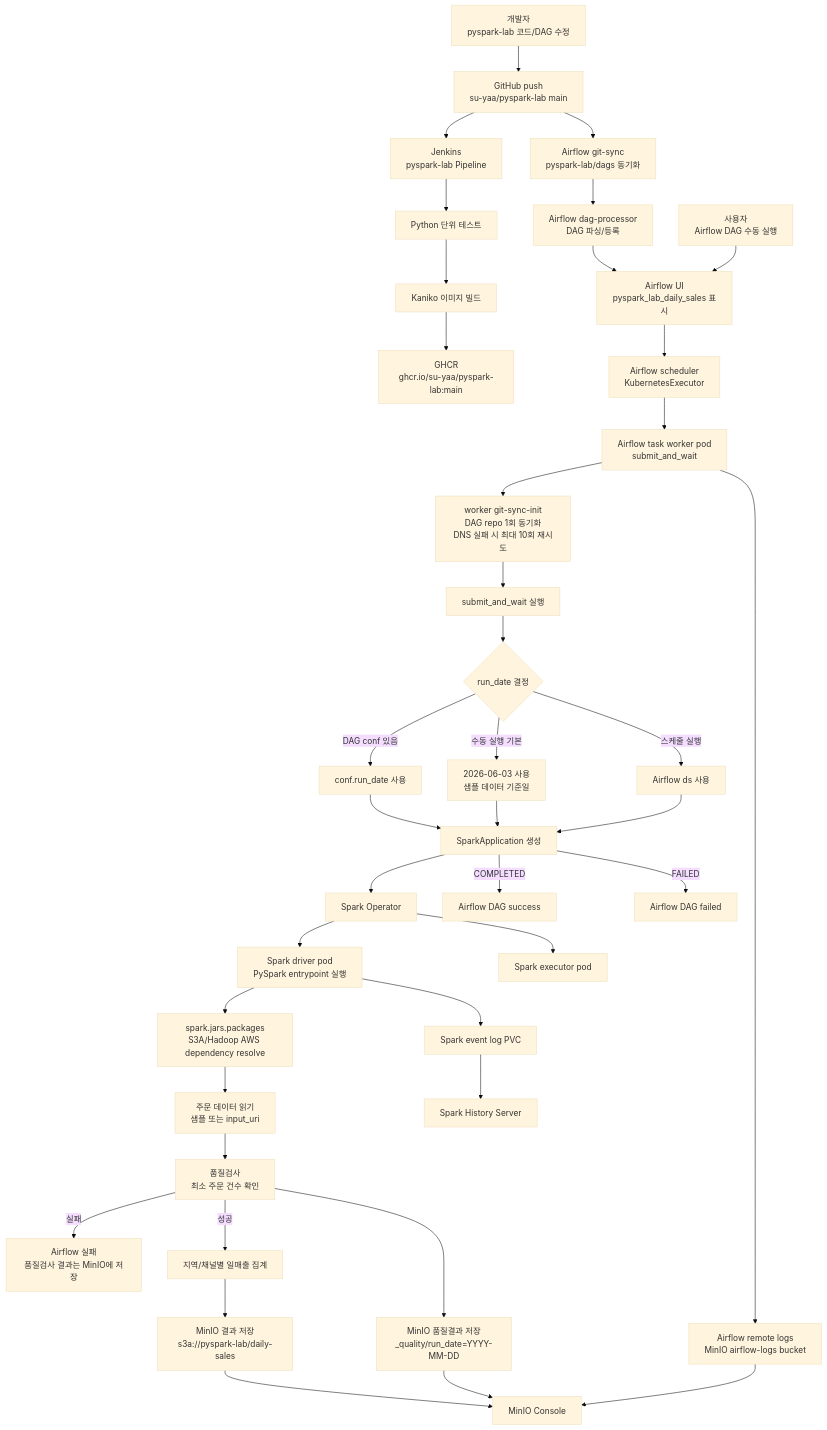
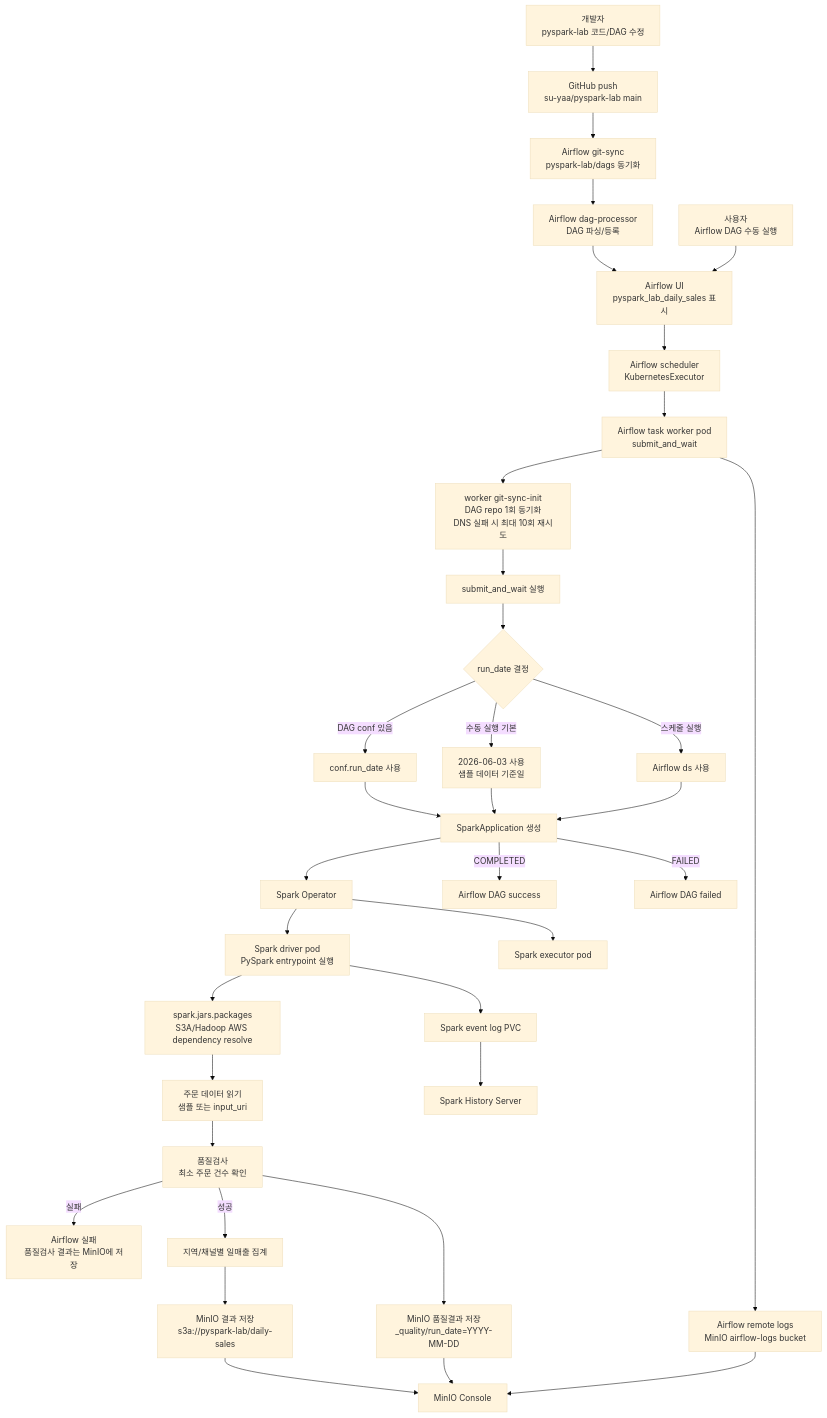
The diagram in README.md (su-yaa/pyspark-lab), drawn with Mermaid (base theme) before and after one commit. The commit also changed other lines of this file and 1 other file, not shown here.

Commit message:
Document simplified Airflow Spark flow

````diff
--- a/README.md
+++ b/README.md
@@ -24,53 +22,48 @@
 ```mermaid
 flowchart TD
     Dev["개발자<br/>pyspark-lab 코드/DAG 수정"] --> Push["GitHub push<br/>su-yaa/pyspark-lab main"]
-
-    Push --> Jenkins["Jenkins<br/>pyspark-lab Pipeline"]
-    Jenkins --> Test["Python 단위 테스트"]
-    Test --> Build["Kaniko 이미지 빌드"]
-    Build --> GHCR["GHCR<br/>ghcr.io/su-yaa/pyspark-lab:main"]
 
     Push --> GitSync["Airflow git-sync<br/>pyspark-lab/dags 동기화"]
     GitSync --> DagProcessor["Airflow dag-processor<br/>DAG 파싱/등록"]
     DagProcessor --> AirflowUI["Airflow UI<br/>pyspark_lab_daily_sales 표시"]
 
     User["사용자<br/>Airflow DAG 수동 실행"] --> AirflowUI
     AirflowUI --> Scheduler["Airflow scheduler<br/>KubernetesExecutor"]
 
     Scheduler --> WorkerPod["Airflow task worker pod<br/>submit_and_wait"]
     WorkerPod --> WorkerGitSync["worker git-sync-init<br/>DAG repo 1회 동기화<br/>DNS 실패 시 최대 10회 재시도"]
     WorkerGitSync --> SubmitTask["submit_and_wait 실행"]
 
     SubmitTask --> RunDate{"run_date 결정"}
     RunDate -->|DAG conf 있음| ConfDate["conf.run_date 사용"]
     RunDate -->|수동 실행 기본| SampleDate["2026-06-03 사용<br/>샘플 데이터 기준일"]
     RunDate -->|스케줄 실행| DsDate["Airflow ds 사용"]
 
     ConfDate --> SparkApp["SparkApplication 생성"]
     SampleDate --> SparkApp
     DsDate --> SparkApp
 
     SparkApp --> SparkOperator["Spark Operator"]
     SparkOperator --> Driver["Spark driver pod<br/>PySpark entrypoint 실행"]
     SparkOperator --> Executor["Spark executor pod"]
 
     Driver --> ResolveDeps["spark.jars.packages<br/>S3A/Hadoop AWS dependency resolve"]
     ResolveDeps --> ReadData["주문 데이터 읽기<br/>샘플 또는 input_uri"]
     ReadData --> Quality["품질검사<br/>최소 주문 건수 확인"]
     Quality -->|실패| QualityFail["Airflow 실패<br/>품질검사 결과는 MinIO에 저장"]
     Quality -->|성공| Metrics["지역/채널별 일매출 집계"]
 
     Metrics --> WriteMinIO["MinIO 결과 저장<br/>s3a://pyspark-lab/daily-sales"]
     Quality --> WriteQuality["MinIO 품질결과 저장<br/>_quality/run_date=YYYY-MM-DD"]
 
     Driver --> EventLogs["Spark event log PVC"]
     EventLogs --> History["Spark History Server"]
 
     WorkerPod --> RemoteLogs["Airflow remote logs<br/>MinIO airflow-logs bucket"]
     WriteMinIO --> MinIOUI["MinIO Console"]
     WriteQuality --> MinIOUI
     RemoteLogs --> MinIOUI
 
     SparkApp -->|COMPLETED| AirflowSuccess["Airflow DAG success"]
     SparkApp -->|FAILED| AirflowFailed["Airflow DAG failed"]
 ```
````
